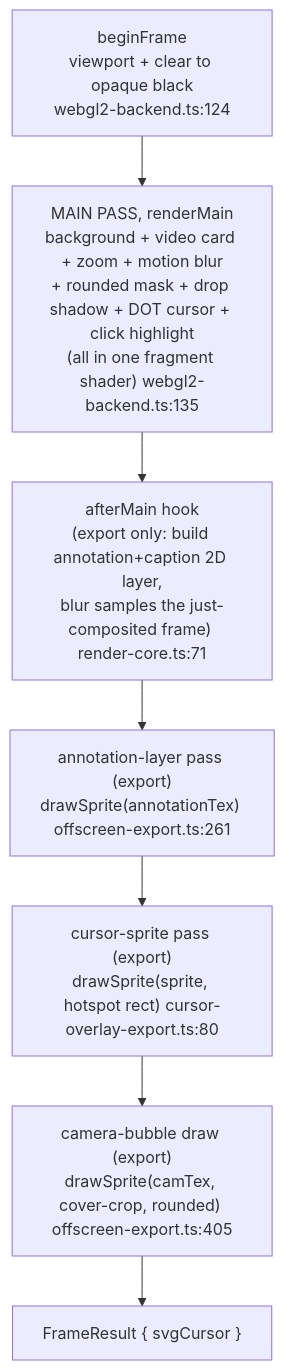
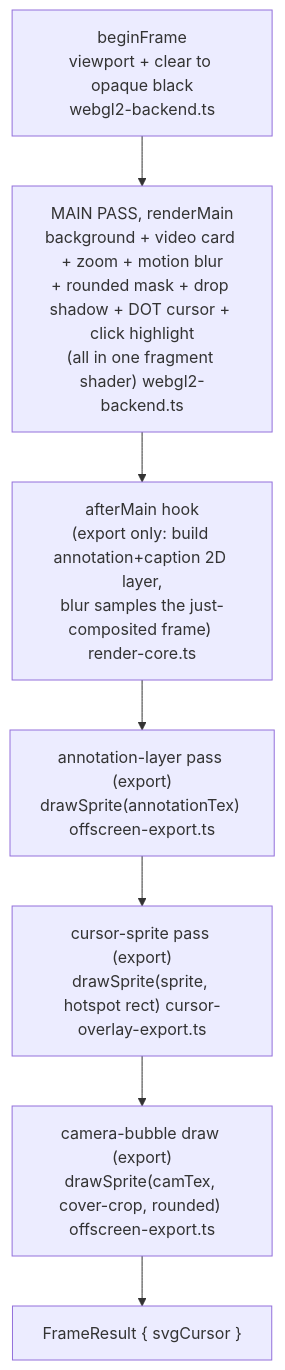
The second of 2 diagrams in apps/web/content/architecture/preview-rendercore.md (kanakkholwal/recast), drawn with Mermaid before and after one commit. The commit also changed other lines of this file and 10 other files, not shown here.

````diff
--- a/apps/web/content/architecture/preview-rendercore.md
+++ b/apps/web/content/architecture/preview-rendercore.md
@@ -86,12 +86,12 @@
 ```mermaid
 flowchart TD
-  begin["beginFrame<br/>viewport + clear to opaque black<br/>webgl2-backend.ts:124"]
-  main["MAIN PASS, renderMain<br/>background + video card + zoom + motion blur<br/>+ rounded mask + drop shadow + DOT cursor + click highlight<br/>(all in one fragment shader) webgl2-backend.ts:135"]
-  after["afterMain hook<br/>(export only: build annotation+caption 2D layer,<br/>blur samples the just-composited frame) render-core.ts:71"]
-  anno["annotation-layer pass (export)<br/>drawSprite(annotationTex) offscreen-export.ts:261"]
-  cursor["cursor-sprite pass (export)<br/>drawSprite(sprite, hotspot rect) cursor-overlay-export.ts:80"]
-  camera["camera-bubble draw (export)<br/>drawSprite(camTex, cover-crop, rounded) offscreen-export.ts:405"]
+  begin["beginFrame<br/>viewport + clear to opaque black<br/>webgl2-backend.ts"]
+  main["MAIN PASS, renderMain<br/>background + video card + zoom + motion blur<br/>+ rounded mask + drop shadow + DOT cursor + click highlight<br/>(all in one fragment shader) webgl2-backend.ts"]
+  after["afterMain hook<br/>(export only: build annotation+caption 2D layer,<br/>blur samples the just-composited frame) render-core.ts"]
+  anno["annotation-layer pass (export)<br/>drawSprite(annotationTex) offscreen-export.ts"]
+  cursor["cursor-sprite pass (export)<br/>drawSprite(sprite, hotspot rect) cursor-overlay-export.ts"]
+  camera["camera-bubble draw (export)<br/>drawSprite(camTex, cover-crop, rounded) offscreen-export.ts"]
   result["FrameResult { svgCursor }"]
 
   begin --> main --> after --> anno --> cursor --> camera --> result
 ```
````
